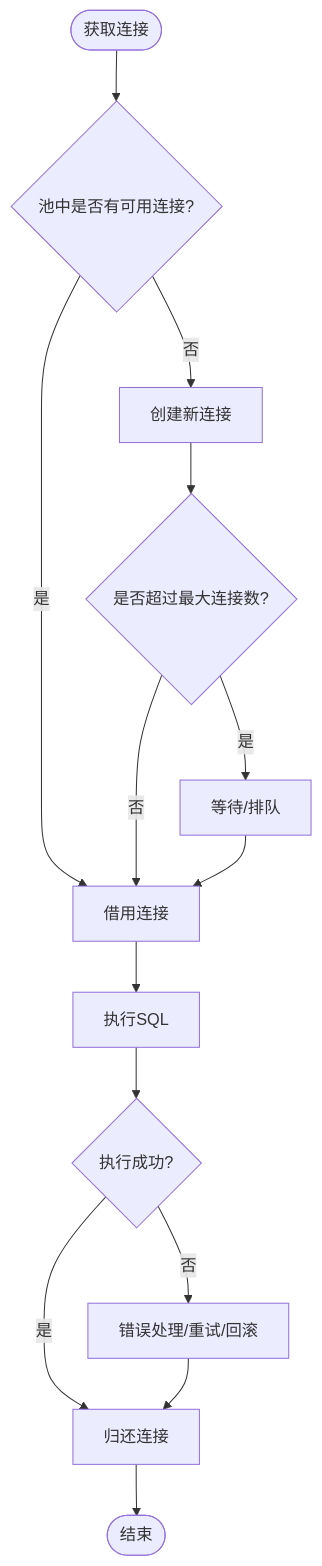
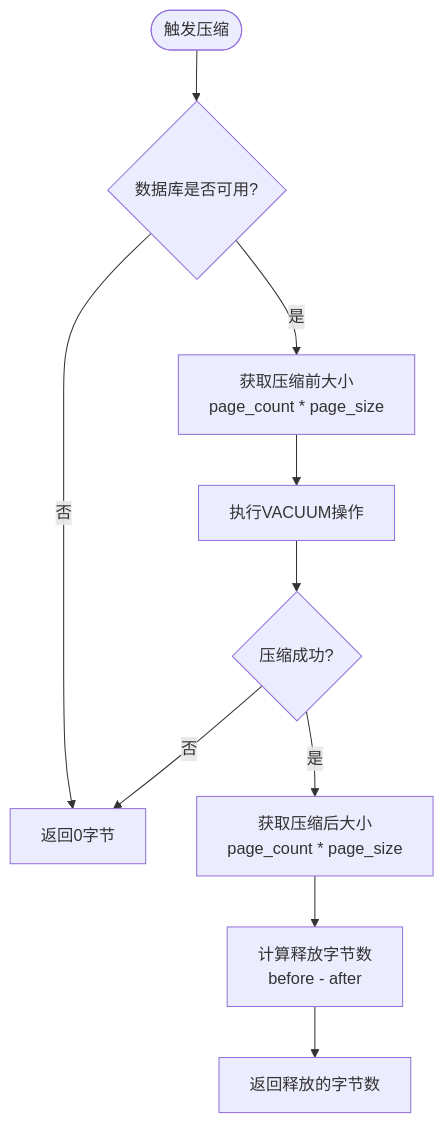
Before and after one commit to ZhangGHGitHub/LegadoTeamFlutter: the fourth of 8 diagrams in .qoder/repowiki/zh/content/架构设计/分层架构设计/数据访问层/SQLite数据库.md, drawn with Mermaid. The commit also changed other lines of this file and 173 other files, not shown here.

````diff
--- a/.qoder/repowiki/zh/content/架构设计/分层架构设计/数据访问层/SQLite数据库.md
+++ b/.qoder/repowiki/zh/content/架构设计/分层架构设计/数据访问层/SQLite数据库.md
@@ -171,16 +277,12 @@
 ```mermaid
 flowchart TD
-Start(["获取连接"]) --> CheckPool{"池中是否有可用连接?"}
-CheckPool --> |是| Use["借用连接"]
-CheckPool --> |否| Create["创建新连接"]
-Create --> Limit{"是否超过最大连接数?"}
-Limit --> |是| Wait["等待/排队"]
-Limit --> |否| Use
-Wait --> Use
-Use --> Exec["执行SQL"]
-Exec --> Result{"执行成功?"}
-Result --> |是| Return["归还连接"]
-Result --> |否| HandleErr["错误处理/重试/回滚"]
-HandleErr --> Return
-Return --> End(["结束"])
+Start(["触发压缩"]) --> CheckDB{"数据库是否可用?"}
+CheckDB --> |否| ReturnZero["返回0字节"]
+CheckDB --> |是| GetBefore["获取压缩前大小<br/>page_count * page_size"]
+GetBefore --> ExecuteVacuum["执行VACUUM操作"]
+ExecuteVacuum --> VacuumSuccess{"压缩成功?"}
+VacuumSuccess --> |否| ReturnZero
+VacuumSuccess --> |是| GetAfter["获取压缩后大小<br/>page_count * page_size"]
+GetAfter --> CalculateDiff["计算释放字节数<br/>before - after"]
+CalculateDiff --> ReturnResult["返回释放的字节数"]
 ```
````
